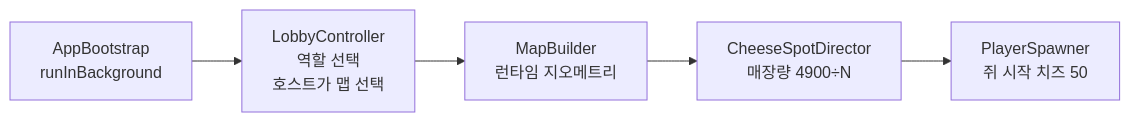
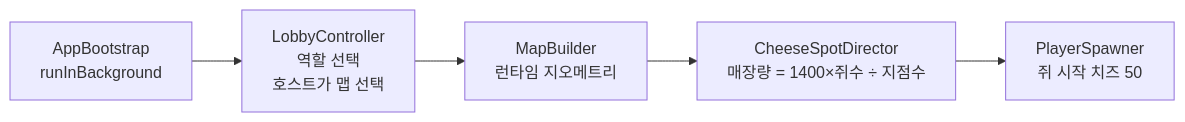
One commit to JeahanPark/The-Cheese-Thief-and-the-Cat changed the first of 14 diagrams in CTC/docs/design-vault/코드 다이어그램.md. Above: the diagram before and after it, drawn with Mermaid. The commit also changed other lines of this file and 59 other files, not shown here.

````diff
--- a/CTC/docs/design-vault/코드 다이어그램.md
+++ b/CTC/docs/design-vault/코드 다이어그램.md
@@ -21,8 +21,8 @@
 ```mermaid
 flowchart LR
     Boot[AppBootstrap<br/>runInBackground]
     Boot --> Lobby[LobbyController<br/>역할 선택<br/>호스트가 맵 선택]
     Lobby --> Build[MapBuilder<br/>런타임 지오메트리]
-    Build --> Rebind[CheeseSpotDirector<br/>매장량 4900÷N]
+    Build --> Rebind[CheeseSpotDirector<br/>매장량 = 1400×쥐수 ÷ 지점수]
     Rebind --> Spawn[PlayerSpawner<br/>쥐 시작 치즈 50]
 ```
````
